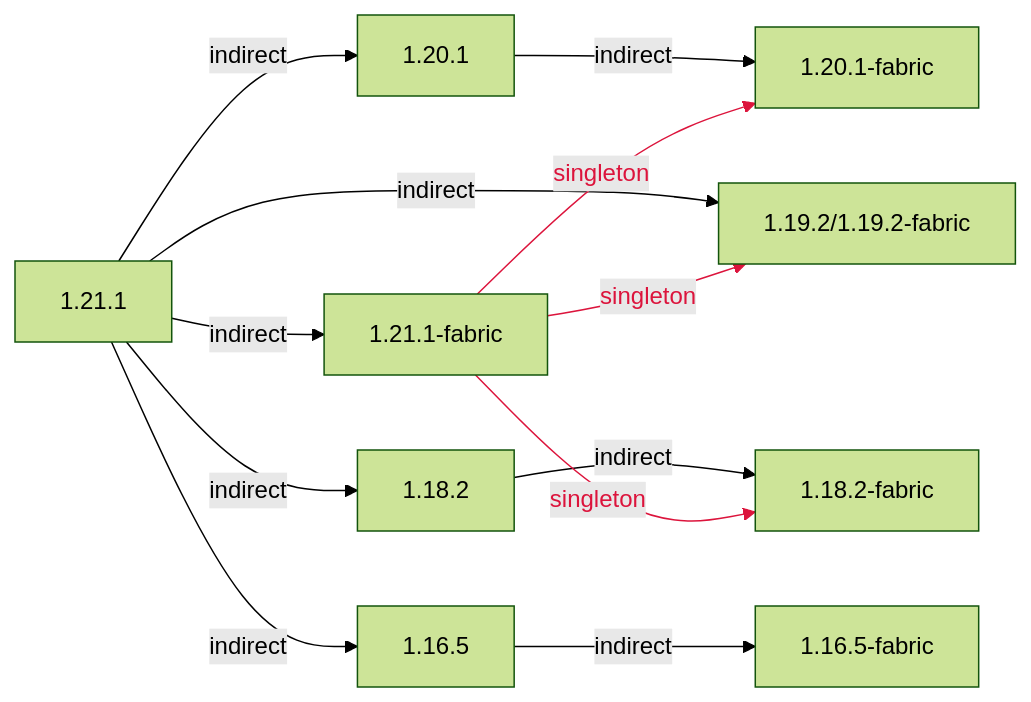
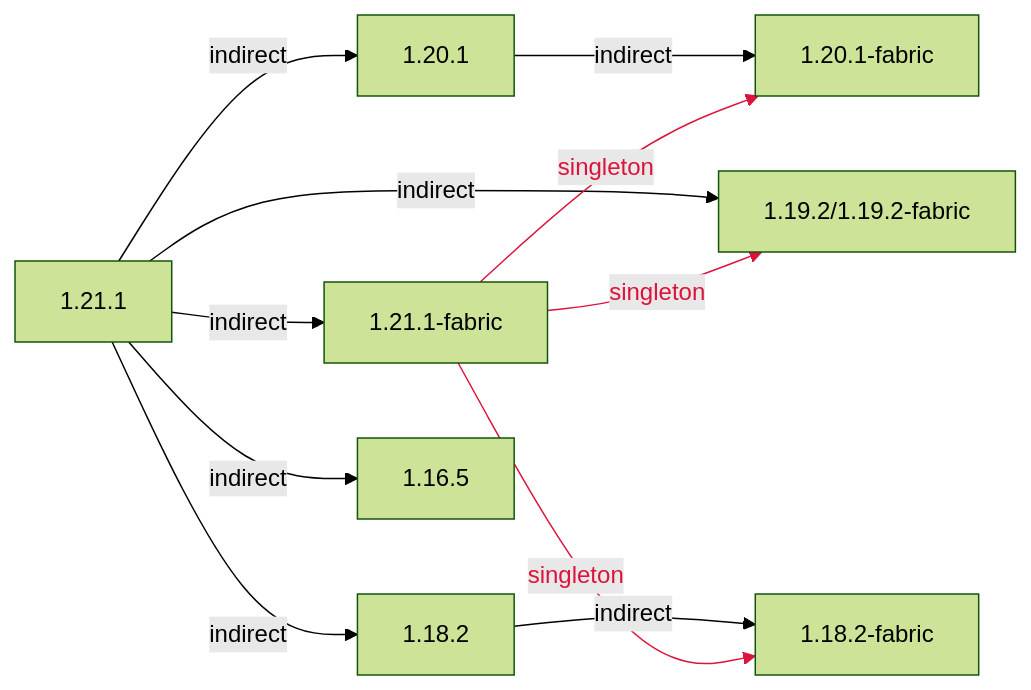
One commit to CFPAOrg/Minecraft-Mod-Language-Package changed the diagram in projects/1.21/assets/macaws-lights-and-lamps/mcwlights/README.md. Above: the diagram before and after it, drawn with Mermaid (forest theme). The commit also changed other lines of this file and 49 other files, not shown here.

````diff
--- a/projects/1.21/assets/macaws-lights-and-lamps/mcwlights/README.md
+++ b/projects/1.21/assets/macaws-lights-and-lamps/mcwlights/README.md
@@ -3,11 +3,10 @@
 ```mermaid
 flowchart LR
     1.21.1 -->|indirect| 1.21.1-fabric
     1.20.1 -->|indirect| 1.20.1-fabric
     1.19.2/1.19.2-fabric
     1.18.2 -->|indirect| 1.18.2-fabric
-    1.16.5 -->|indirect| 1.16.5-fabric
     1.21.1 -->|indirect| 1.20.1 & 1.19.2/1.19.2-fabric & 1.18.2 & 1.16.5
     1.21.1-fabric -->|singleton| 1.20.1-fabric & 1.19.2/1.19.2-fabric & 1.18.2-fabric
-    linkStyle 8,9,10 stroke:crimson,color:crimson
+    linkStyle 7,8,9 stroke:crimson,color:crimson
 ```
````
